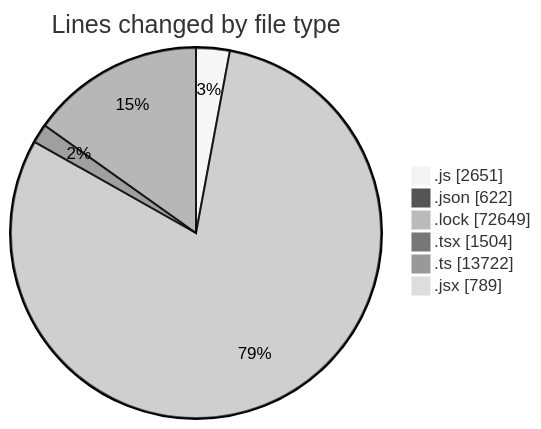
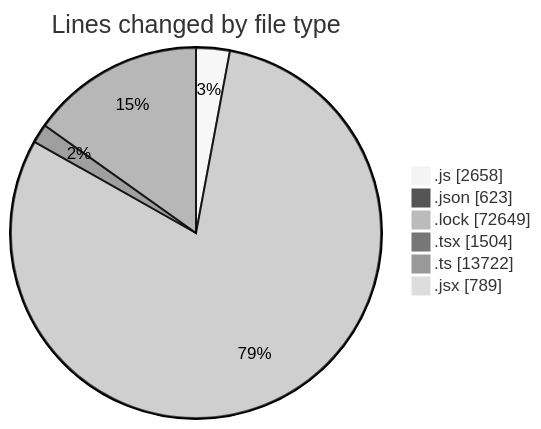
One commit to momahboobian/code-tracking changed the first of 2 diagrams in 2025-12-18/cda/README.md. Above: the diagram before and after it, drawn with Mermaid (neutral theme). The commit also changed other lines of this file and 1 other file, not shown here.

````diff
--- a/2025-12-18/cda/README.md
+++ b/2025-12-18/cda/README.md
@@ -72,10 +73,10 @@
 ```mermaid
 pie showData
 title Lines changed by file type
-".js" : 2651
-".json" : 622
+".js" : 2658
+".json" : 623
 ".lock" : 72649
 ".tsx" : 1504
 ".ts" : 13722
 ".jsx" : 789
 ```
````
